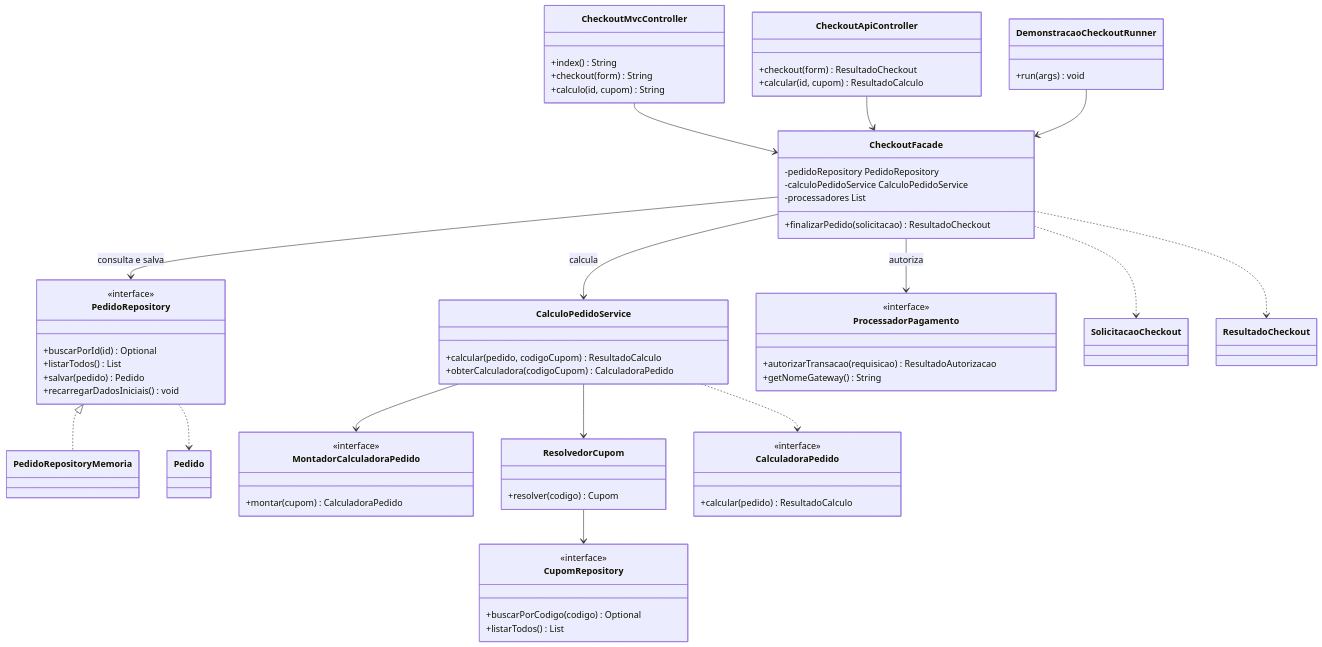
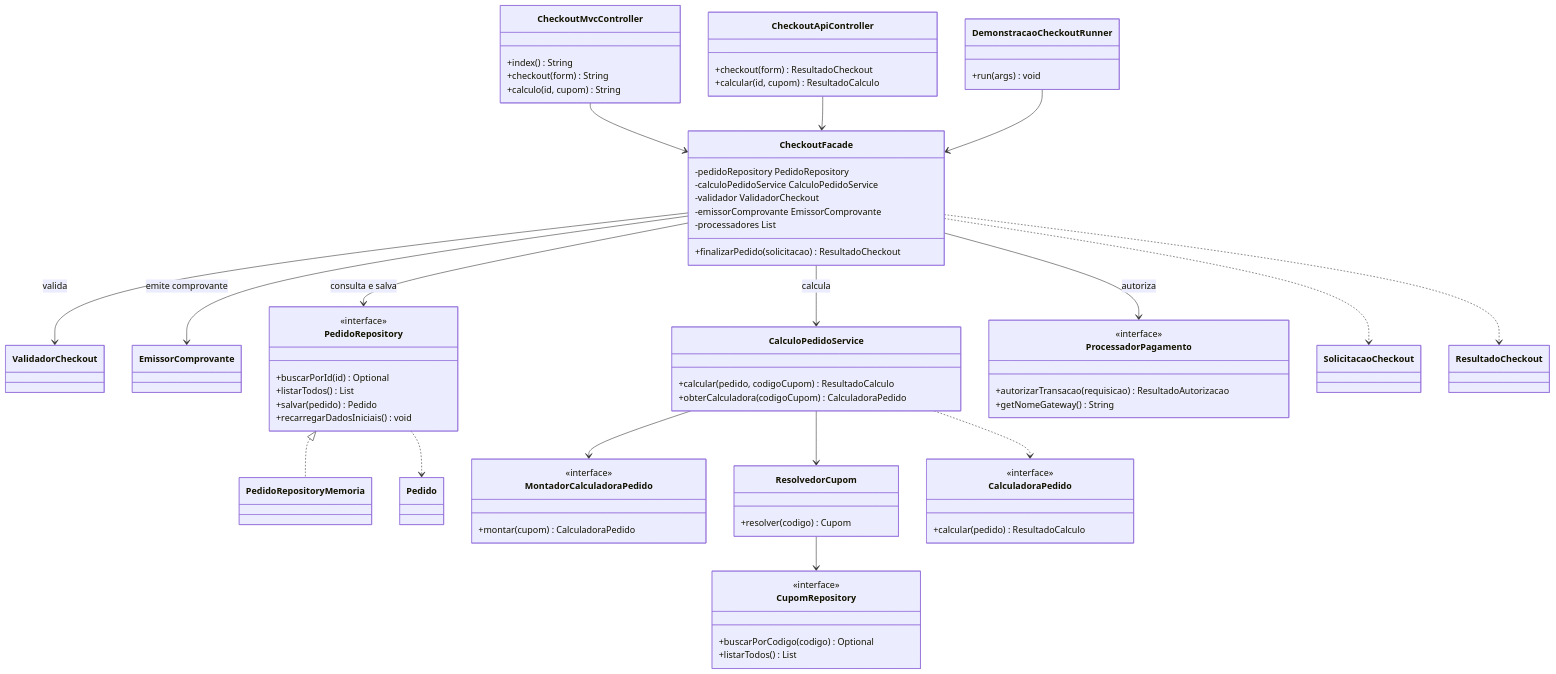
The diagram in docs/diagrams/facade.md (HenriqueSpyder/Projeto-Padroes-GOF), drawn with Mermaid before and after one commit. The commit also changed other lines of this file and 16 other files, not shown here.

````diff
--- a/docs/diagrams/facade.md
+++ b/docs/diagrams/facade.md
@@ -9,72 +9,78 @@
 ```mermaid
 classDiagram
     class CheckoutMvcController {
         +index() String
         +checkout(form) String
         +calculo(id, cupom) String
     }
     class CheckoutApiController {
         +checkout(form) ResultadoCheckout
         +calcular(id, cupom) ResultadoCalculo
     }
     class DemonstracaoCheckoutRunner {
         +run(args) void
     }
     class CheckoutFacade {
         -pedidoRepository PedidoRepository
         -calculoPedidoService CalculoPedidoService
+        -validador ValidadorCheckout
+        -emissorComprovante EmissorComprovante
         -processadores List
         +finalizarPedido(solicitacao) ResultadoCheckout
     }
+    class ValidadorCheckout
+    class EmissorComprovante
     class PedidoRepository {
         <<interface>>
         +buscarPorId(id) Optional
         +listarTodos() List
         +salvar(pedido) Pedido
         +recarregarDadosIniciais() void
     }
     class PedidoRepositoryMemoria
     class CalculoPedidoService {
         +calcular(pedido, codigoCupom) ResultadoCalculo
         +obterCalculadora(codigoCupom) CalculadoraPedido
     }
     class ResolvedorCupom {
         +resolver(codigo) Cupom
     }
     class CupomRepository {
         <<interface>>
         +buscarPorCodigo(codigo) Optional
         +listarTodos() List
     }
     class MontadorCalculadoraPedido {
         <<interface>>
         +montar(cupom) CalculadoraPedido
     }
     class CalculadoraPedido {
         <<interface>>
         +calcular(pedido) ResultadoCalculo
     }
     class ProcessadorPagamento {
         <<interface>>
         +autorizarTransacao(requisicao) ResultadoAutorizacao
         +getNomeGateway() String
     }
     class SolicitacaoCheckout
     class ResultadoCheckout
     class Pedido
 
+    CheckoutFacade --> ValidadorCheckout : valida
+    CheckoutFacade --> EmissorComprovante : emite comprovante
     CheckoutMvcController --> CheckoutFacade
     CheckoutApiController --> CheckoutFacade
     DemonstracaoCheckoutRunner --> CheckoutFacade
     CheckoutFacade --> PedidoRepository : consulta e salva
     CheckoutFacade --> CalculoPedidoService : calcula
     CheckoutFacade --> ProcessadorPagamento : autoriza
     CheckoutFacade ..> SolicitacaoCheckout
     CheckoutFacade ..> ResultadoCheckout
     PedidoRepository <|.. PedidoRepositoryMemoria
     PedidoRepository ..> Pedido
     CalculoPedidoService --> MontadorCalculadoraPedido
     CalculoPedidoService --> ResolvedorCupom
     CalculoPedidoService ..> CalculadoraPedido
     ResolvedorCupom --> CupomRepository
 ```
````
